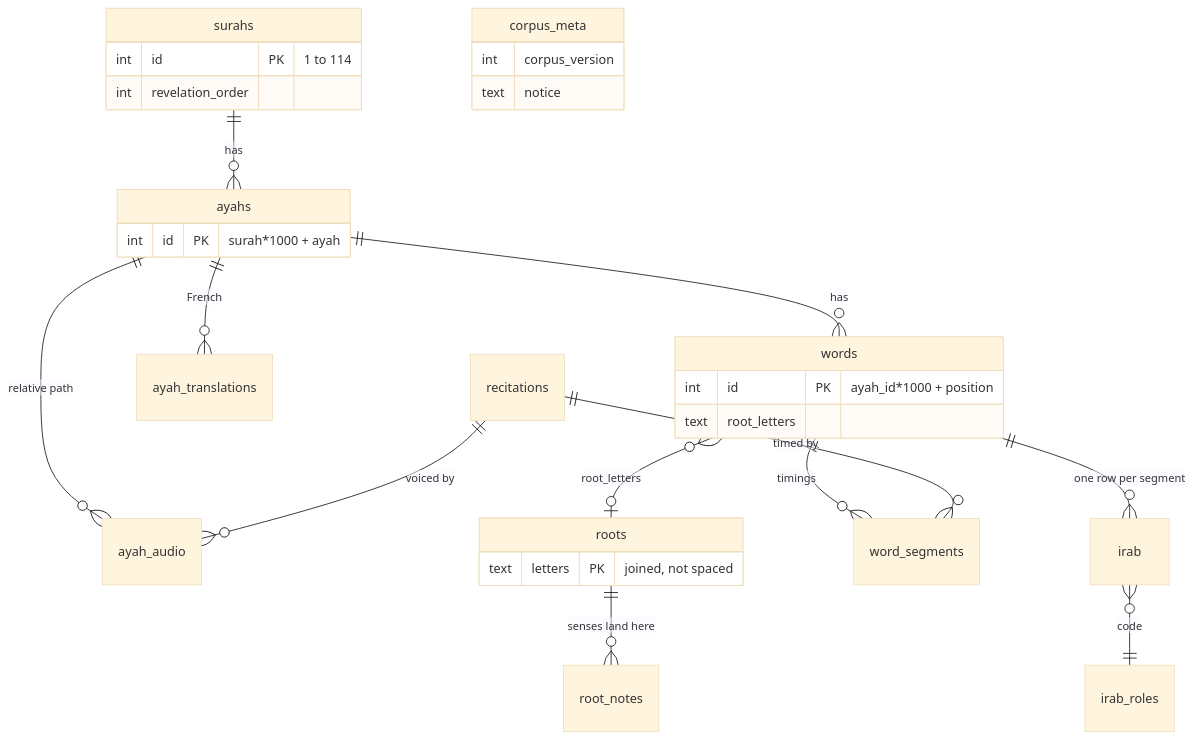
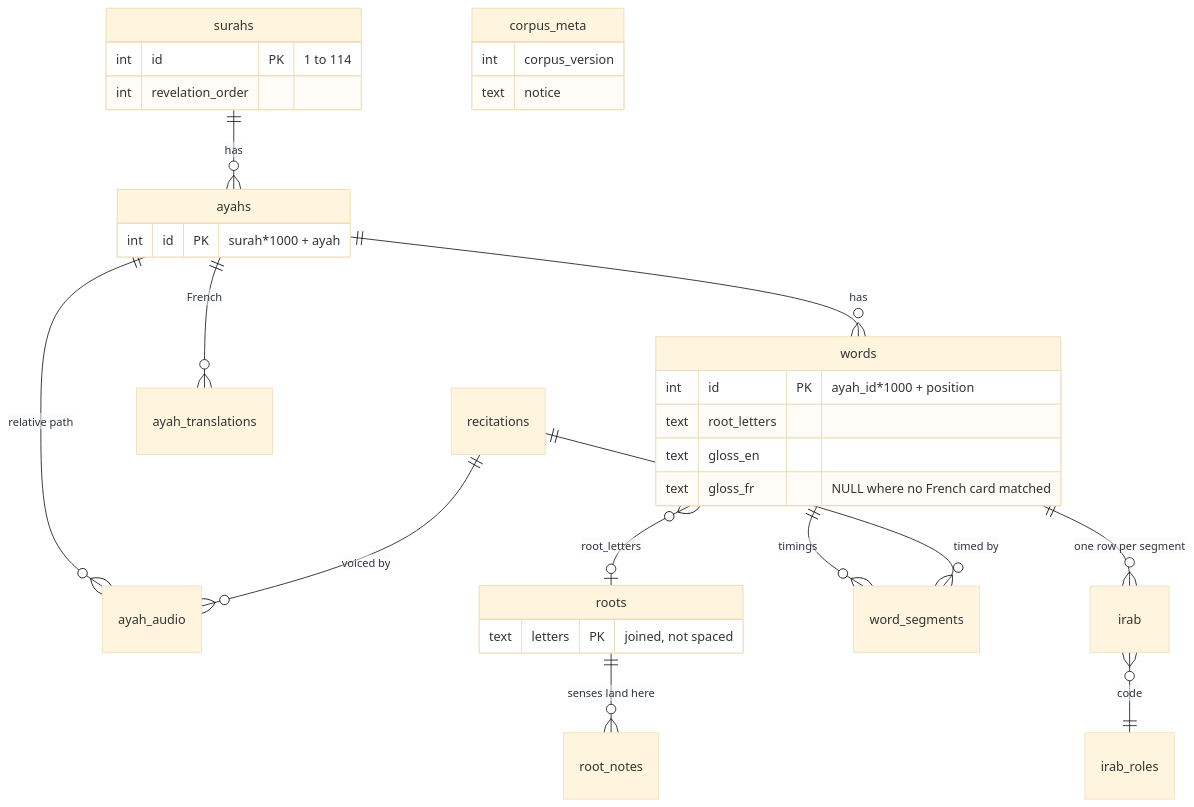
The third of 4 diagrams in docs/architecture/pipelines/corpus.md (MohammadBnei/wird), drawn with Mermaid (base theme) before and after one commit. The commit also changed other lines of this file and 64 other files, not shown here.

````diff
--- a/docs/architecture/pipelines/corpus.md
+++ b/docs/architecture/pipelines/corpus.md
@@ -69,32 +73,34 @@
 ```mermaid
 erDiagram
   surahs ||--o{ ayahs : has
   ayahs ||--o{ words : has
   ayahs ||--o{ ayah_translations : "French"
   ayahs ||--o{ ayah_audio : "relative path"
   words }o--o| roots : "root_letters"
   words ||--o{ word_segments : "timings"
   words ||--o{ irab : "one row per segment"
   irab }o--|| irab_roles : code
   recitations ||--o{ ayah_audio : "voiced by"
   recitations ||--o{ word_segments : "timed by"
   roots ||--o{ root_notes : "senses land here"
   surahs {
     int id PK "1 to 114"
     int revelation_order
   }
   ayahs {
     int id PK "surah*1000 + ayah"
   }
   words {
     int id PK "ayah_id*1000 + position"
     text root_letters
+    text gloss_en
+    text gloss_fr "NULL where no French card matched"
   }
   roots {
     text letters PK "joined, not spaced"
   }
   corpus_meta {
     int corpus_version
     text notice
   }
 ```
````
